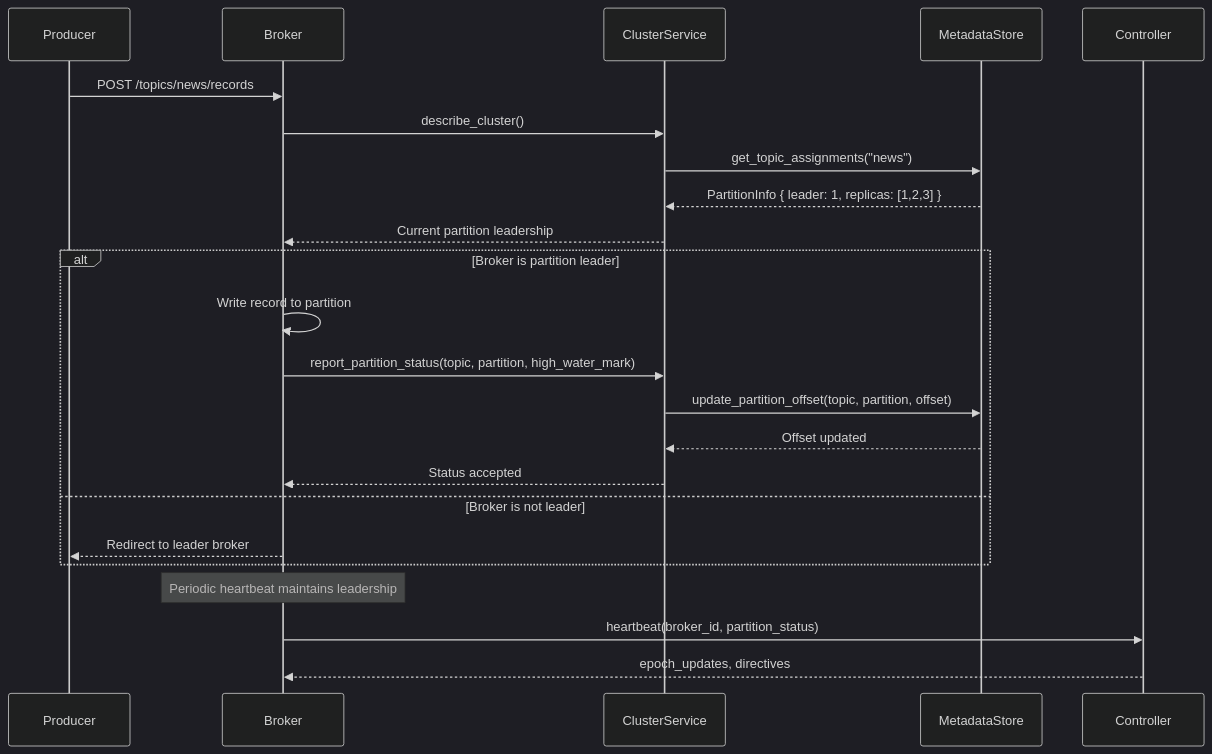
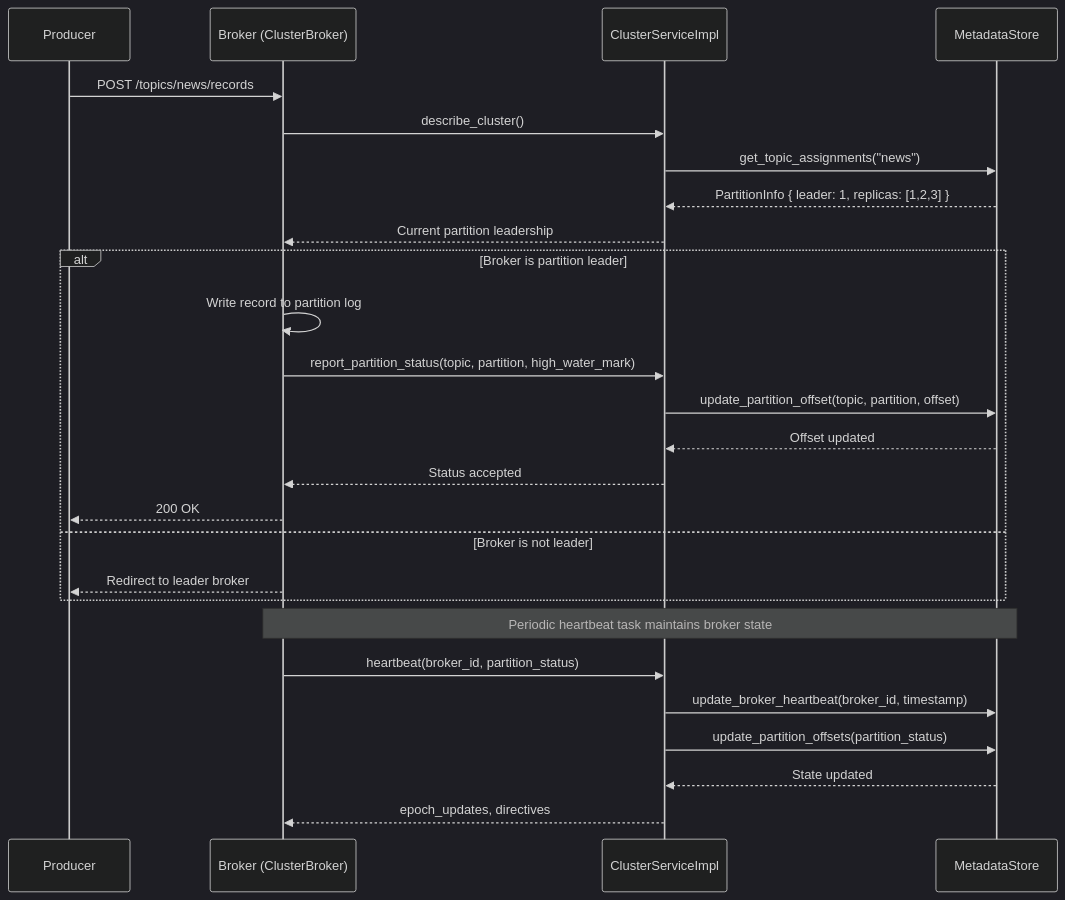
The second of 4 diagrams in crates/flashq-cluster/README.md (harshitmahapatra/flashq), drawn with Mermaid (dark theme) before and after one commit. The commit also changed other lines of this file, not shown here.

Commit message:
Updated flashq-cluster readme based on the current state of cluster coordination.

````diff
--- a/crates/flashq-cluster/README.md
+++ b/crates/flashq-cluster/README.md
@@ -64,28 +72,31 @@
 ```mermaid
 sequenceDiagram
     participant Producer as Producer
-    participant Broker as Broker
-    participant CS as ClusterService
+    participant Broker as Broker (ClusterBroker)
+    participant CSI as ClusterServiceImpl
     participant MS as MetadataStore
-    participant Controller as Controller
 
     Producer->>Broker: POST /topics/news/records
-    Broker->>CS: describe_cluster()
-    CS->>MS: get_topic_assignments("news")
-    MS-->>CS: PartitionInfo { leader: 1, replicas: [1,2,3] }
-    CS-->>Broker: Current partition leadership
+    Broker->>CSI: describe_cluster()
+    CSI->>MS: get_topic_assignments("news")
+    MS-->>CSI: PartitionInfo { leader: 1, replicas: [1,2,3] }
+    CSI-->>Broker: Current partition leadership
 
     alt Broker is partition leader
-        Broker->>Broker: Write record to partition
-        Broker->>CS: report_partition_status(topic, partition, high_water_mark)
-        CS->>MS: update_partition_offset(topic, partition, offset)
-        MS-->>CS: Offset updated
-        CS-->>Broker: Status accepted
+        Broker->>Broker: Write record to partition log
+        Broker->>CSI: report_partition_status(topic, partition, high_water_mark)
+        CSI->>MS: update_partition_offset(topic, partition, offset)
+        MS-->>CSI: Offset updated
+        CSI-->>Broker: Status accepted
+        Broker-->>Producer: 200 OK
     else Broker is not leader
         Broker-->>Producer: Redirect to leader broker
     end
 
-    Note over Broker: Periodic heartbeat maintains leadership
-    Broker->>Controller: heartbeat(broker_id, partition_status)
-    Controller-->>Broker: epoch_updates, directives
+    Note over Broker,MS: Periodic heartbeat task maintains broker state
+    Broker->>CSI: heartbeat(broker_id, partition_status)
+    CSI->>MS: update_broker_heartbeat(broker_id, timestamp)
+    CSI->>MS: update_partition_offsets(partition_status)
+    MS-->>CSI: State updated
+    CSI-->>Broker: epoch_updates, directives
 ```
````
